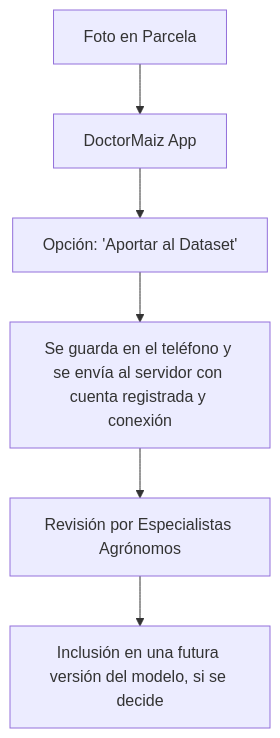
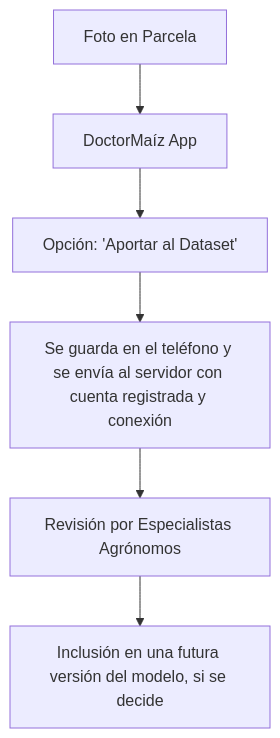
One commit to daiv05/maize-doctor-classifier changed the diagram in docs/es/app/operaciones-campo/ciencia-ciudadana.md. Above: the diagram before and after it, drawn with Mermaid. The commit also changed other lines of this file and 29 other files, not shown here.

Commit message:
docs: unify the DoctorMaíz name and italicize English terms

````diff
--- a/docs/es/app/operaciones-campo/ciencia-ciudadana.md
+++ b/docs/es/app/operaciones-campo/ciencia-ciudadana.md
@@ -37,8 +37,8 @@
 ```mermaid
 graph TD
-    A[Foto en Parcela] --> B[DoctorMaiz App]
+    A[Foto en Parcela] --> B[DoctorMaíz App]
     B --> C[Opción: 'Aportar al Dataset']
     C --> D[Se guarda en el teléfono y se envía al servidor con cuenta registrada y conexión]
     D --> E[Revisión por Especialistas Agrónomos]
     E --> F[Inclusión en una futura versión del modelo, si se decide]
 ```
````
